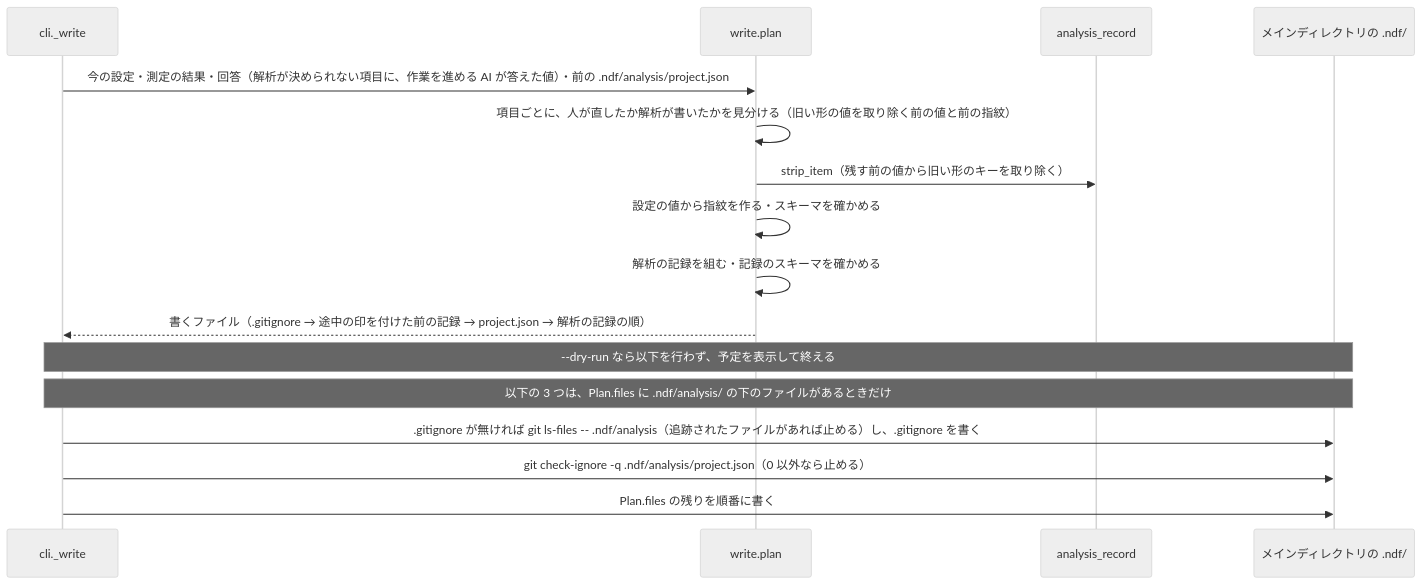
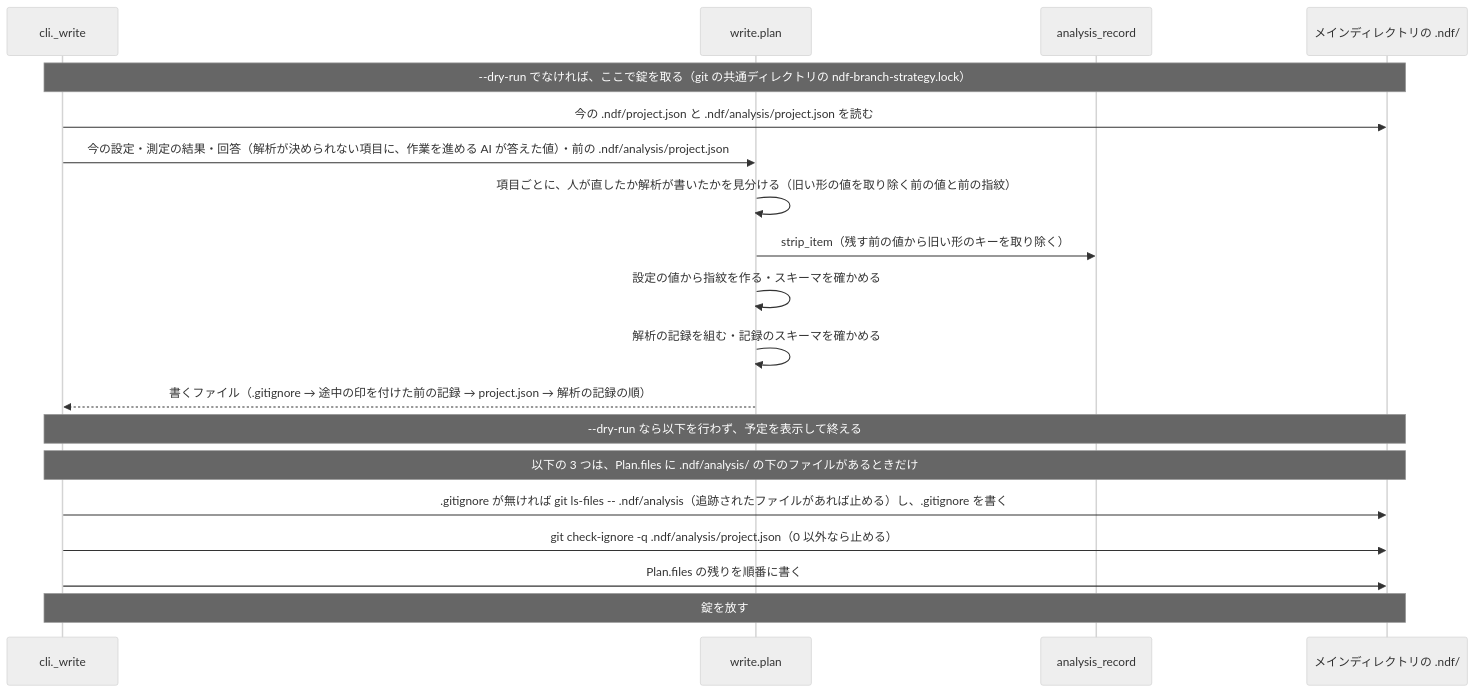
The third of 3 diagrams in issues/issue-4516-design.md (devbasex/ai-plugins), drawn with Mermaid (neutral theme) before and after one commit. The commit also changed other lines of this file and 2 other files, not shown here.

First line of the commit message:
Docs: #4516 の設計で、記録と設定の対応・同時の書き出しの錠・git の失敗の扱い・省略できるキーを決める

````diff
--- a/issues/issue-4516-design.md
+++ b/issues/issue-4516-design.md
@@ -181,18 +201,21 @@
 ```mermaid
 sequenceDiagram
   participant CLI as cli._write
   participant W as write.plan
   participant AR as analysis_record
   participant FS as メインディレクトリの .ndf/
+  Note over CLI,FS: --dry-run でなければ、ここで錠を取る（git の共通ディレクトリの ndf-branch-strategy.lock）
+  CLI->>FS: 今の .ndf/project.json と .ndf/analysis/project.json を読む
   CLI->>W: 今の設定・測定の結果・回答（解析が決められない項目に、作業を進める AI が答えた値）・前の .ndf/analysis/project.json
   W->>W: 項目ごとに、人が直したか解析が書いたかを見分ける（旧い形の値を取り除く前の値と前の指紋）
   W->>AR: strip_item（残す前の値から旧い形のキーを取り除く）
   W->>W: 設定の値から指紋を作る・スキーマを確かめる
   W->>W: 解析の記録を組む・記録のスキーマを確かめる
   W-->>CLI: 書くファイル（.gitignore → 途中の印を付けた前の記録 → project.json → 解析の記録の順）
   Note over CLI,FS: --dry-run なら以下を行わず、予定を表示して終える
   Note over CLI,FS: 以下の 3 つは、Plan.files に .ndf/analysis/ の下のファイルがあるときだけ
   CLI->>FS: .gitignore が無ければ git ls-files -- .ndf/analysis（追跡されたファイルがあれば止める）し、.gitignore を書く
   CLI->>FS: git check-ignore -q .ndf/analysis/project.json（0 以外なら止める）
   CLI->>FS: Plan.files の残りを順番に書く
+  Note over CLI,FS: 錠を放す
 ```
````
